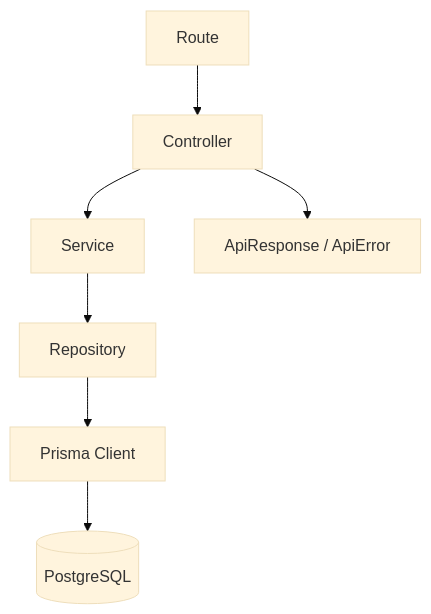
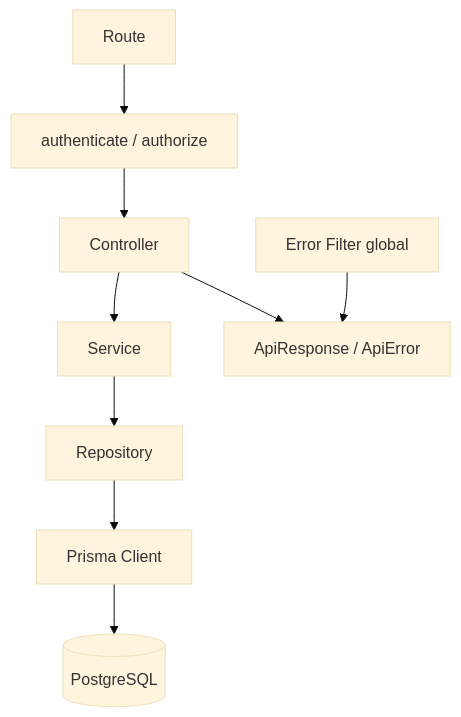
Before and after one commit to GRAN-J/sportmetric: the second of 5 diagrams in docs-engineering/architecture/arquitectura-general.md, drawn with Mermaid (base theme). The commit also changed other lines of this file and 7 other files, not shown here.

````diff
--- a/docs-engineering/architecture/arquitectura-general.md
+++ b/docs-engineering/architecture/arquitectura-general.md
@@ -49,9 +62,11 @@
 ```mermaid
 flowchart TD
-    Ruta[Route] --> Controlador[Controller]
+    Ruta[Route] --> Middleware[authenticate / authorize]
+    Middleware --> Controlador[Controller]
     Controlador --> Servicio[Service]
     Servicio --> Repositorio[Repository]
     Repositorio --> Prisma[Prisma Client]
     Prisma --> BD[(PostgreSQL)]
     Controlador --> Respuesta[ApiResponse / ApiError]
+    ErrorFilter[Error Filter global] --> Respuesta
 ```
````
